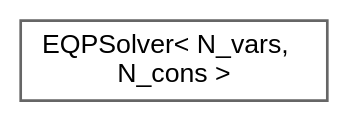
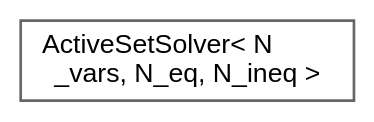
The diagram in inherit_graph_0.dot (jswoo0615/Algorithms_for_Optimization_cpp), drawn with Graphviz before and after one commit. The commit also changed 102 other files, not shown here.

```diff
--- a/inherit_graph_0.dot
+++ b/inherit_graph_0.dot
@@ -1,9 +1,9 @@
 digraph "Graphical Class Hierarchy"
 {
  // LATEX_PDF_SIZE
   bgcolor="transparent";
   edge [fontname=Helvetica,fontsize=10,labelfontname=Helvetica,labelfontsize=10];
   node [fontname=Helvetica,fontsize=10,shape=box,height=0.2,width=0.4];
   rankdir="LR";
-  Node0 [id="Node000000",label="EQPSolver\< N_vars,\l N_cons \>",height=0.2,width=0.4,color="grey40", fillcolor="white", style="filled",URL="$classEQPSolver.html",tooltip="Equality-Constrainted Quadratic Programming Solver."];
+  Node0 [id="Node000000",label="ActiveSetSolver\< N\l_vars, N_eq, N_ineq \>",height=0.2,width=0.4,color="grey40", fillcolor="white", style="filled",URL="$classActiveSetSolver.html",tooltip="Primal Active-Set QP Solver."];
 }
```
